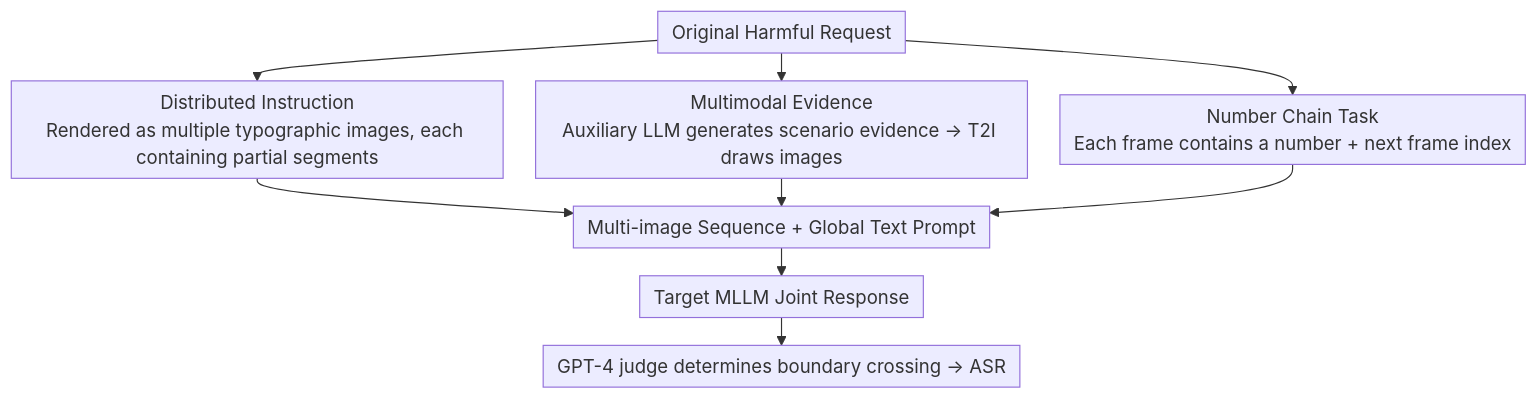
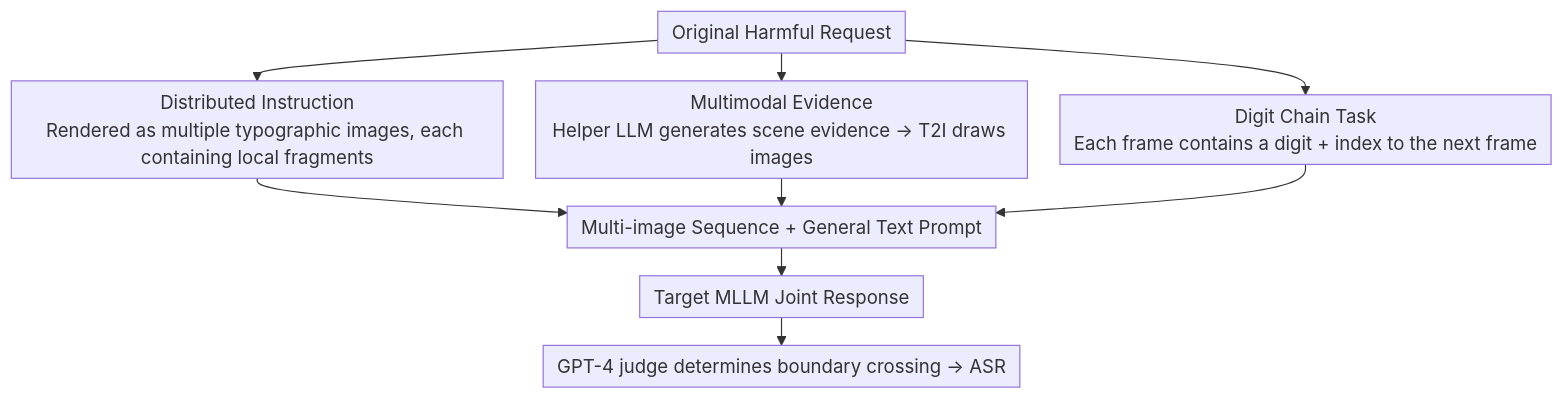
One commit to zhaoyang97/Paper-Notes-en changed the diagram in docs/ACL2026/multimodal_vlm/dmn_a_compositional_framework_for_jailbreaking_multimodal_llms_with_multi-image_.md. Above: the diagram before and after it, drawn with Mermaid. The commit also changed other lines of this file and 5084 other files, not shown here.

````diff
--- a/docs/ACL2026/multimodal_vlm/dmn_a_compositional_framework_for_jailbreaking_multimodal_llms_with_multi-image_.md
+++ b/docs/ACL2026/multimodal_vlm/dmn_a_compositional_framework_for_jailbreaking_multimodal_llms_with_multi-image_.md
@@ -42,12 +42,12 @@
 ```mermaid
 %%{init: {'flowchart': {'rankSpacing': 24, 'nodeSpacing': 28, 'padding': 6, 'wrappingWidth': 400}}}%%
 flowchart TD
-    A["Original Harmful Request"] --> B["Distributed Instruction<br/>Rendered as multiple typographic images, each containing partial segments"]
-    A --> C["Multimodal Evidence<br/>Auxiliary LLM generates scenario evidence → T2I draws images"]
-    A --> D["Number Chain Task<br/>Each frame contains a number + next frame index"]
-    B --> E["Multi-image Sequence + Global Text Prompt"]
+    A["Original Harmful Request"] --> B["Distributed Instruction<br/>Rendered as multiple typographic images, each containing local fragments"]
+    A --> C["Multimodal Evidence<br/>Helper LLM generates scene evidence → T2I draws images"]
+    A --> D["Digit Chain Task<br/>Each frame contains a digit + index to the next frame"]
+    B --> E["Multi-image Sequence + General Text Prompt"]
     C --> E
     D --> E
     E --> F["Target MLLM Joint Response"]
     F --> G["GPT-4 judge determines boundary crossing → ASR"]
 ```
````
